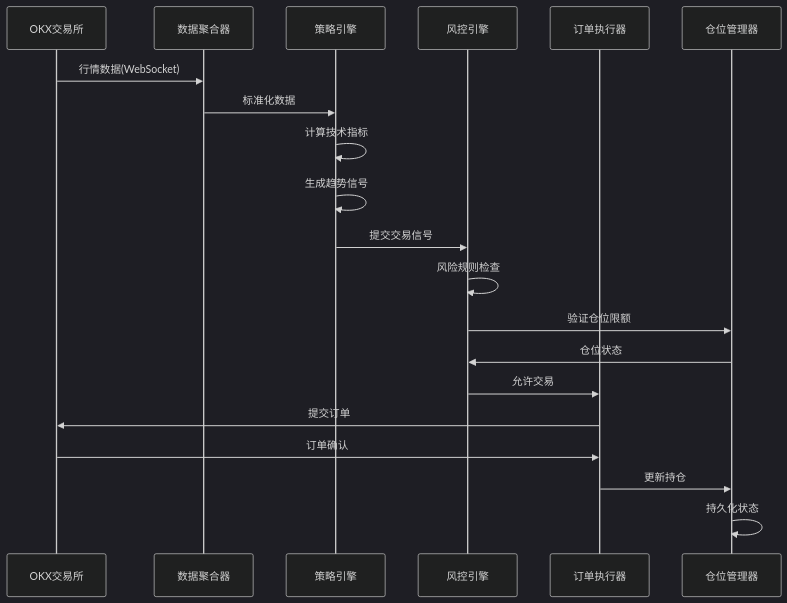
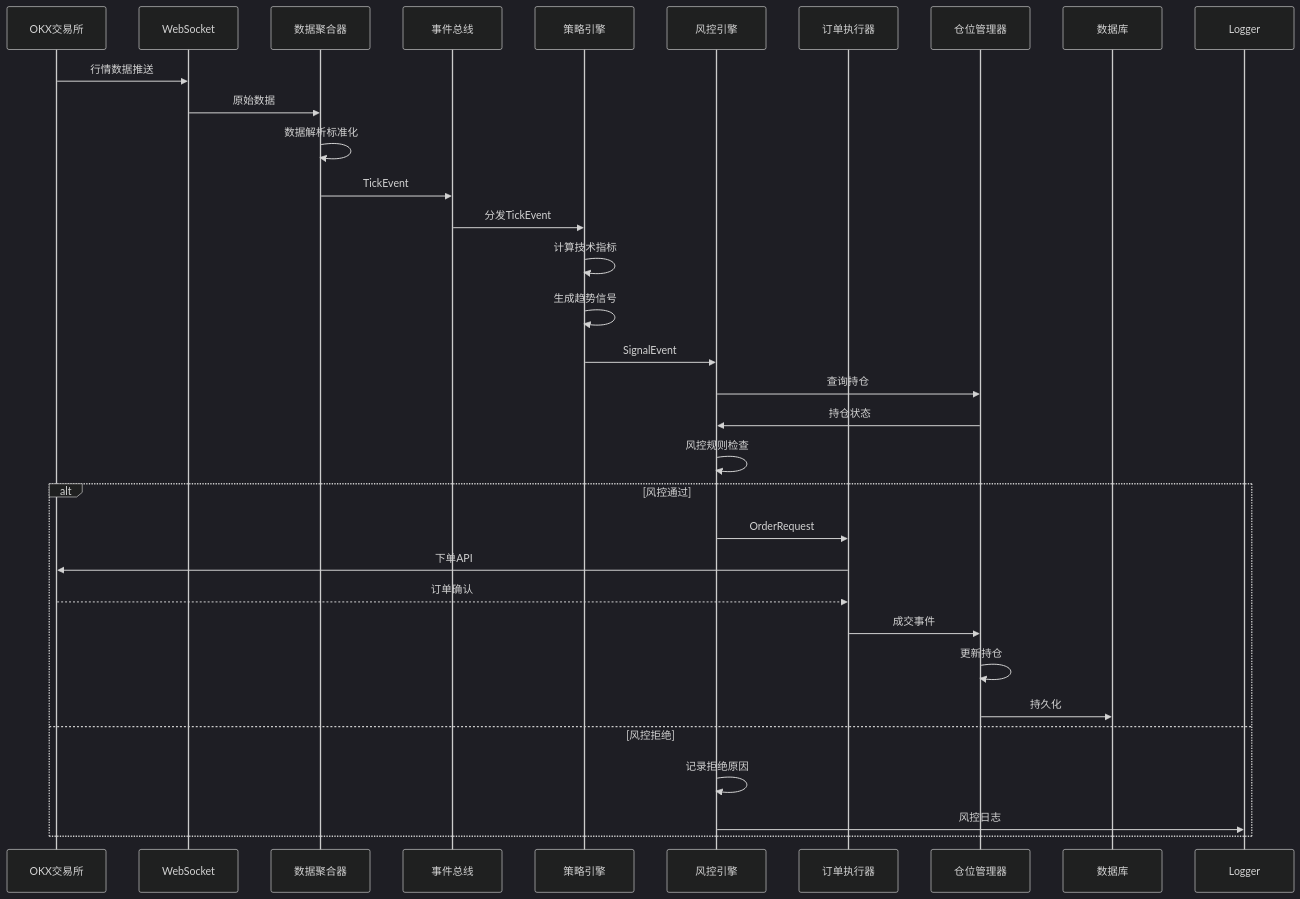
Before and after one commit to DarwinHo/crypto-trend-trading: the second of 7 diagrams in .monkeycode/specs/crypto-trend-trading-system/design.md, drawn with Mermaid (dark theme). The commit also changed other lines of this file, not shown here.

````diff
--- a/.monkeycode/specs/crypto-trend-trading-system/design.md
+++ b/.monkeycode/specs/crypto-trend-trading-system/design.md
@@ -96,23 +130,35 @@
 ```mermaid
 sequenceDiagram
     participant OKX as OKX交易所
+    participant WS as WebSocket
     participant DA as 数据聚合器
+    participant EB as 事件总线
     participant SE as 策略引擎
     participant RE as 风控引擎
     participant OE as 订单执行器
     participant PM as 仓位管理器
+    participant DB as 数据库
     
-    OKX->>DA: 行情数据(WebSocket)
-    DA->>SE: 标准化数据
+    OKX->>WS: 行情数据推送
+    WS->>DA: 原始数据
+    DA->>DA: 数据解析标准化
+    DA->>EB: TickEvent
+    EB->>SE: 分发TickEvent
     SE->>SE: 计算技术指标
     SE->>SE: 生成趋势信号
-    SE->>RE: 提交交易信号
-    RE->>RE: 风险规则检查
-    RE->>PM: 验证仓位限额
-    PM->>RE: 仓位状态
-    RE->>OE: 允许交易
-    OE->>OKX: 提交订单
-    OKX->>OE: 订单确认
-    OE->>PM: 更新持仓
-    PM->>PM: 持久化状态
+    SE->>RE: SignalEvent
+    RE->>PM: 查询持仓
+    PM->>RE: 持仓状态
+    RE->>RE: 风控规则检查
+    alt 风控通过
+        RE->>OE: OrderRequest
+        OE->>OKX: 下单API
+        OKX-->>OE: 订单确认
+        OE->>PM: 成交事件
+        PM->>PM: 更新持仓
+        PM->>DB: 持久化
+    else 风控拒绝
+        RE->>RE: 记录拒绝原因
+        RE->>Logger: 风控日志
+    end
 ```
````
